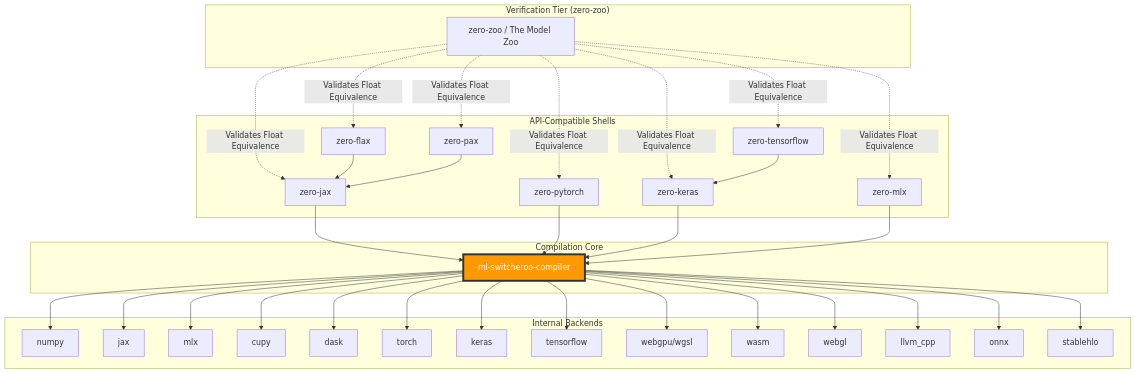
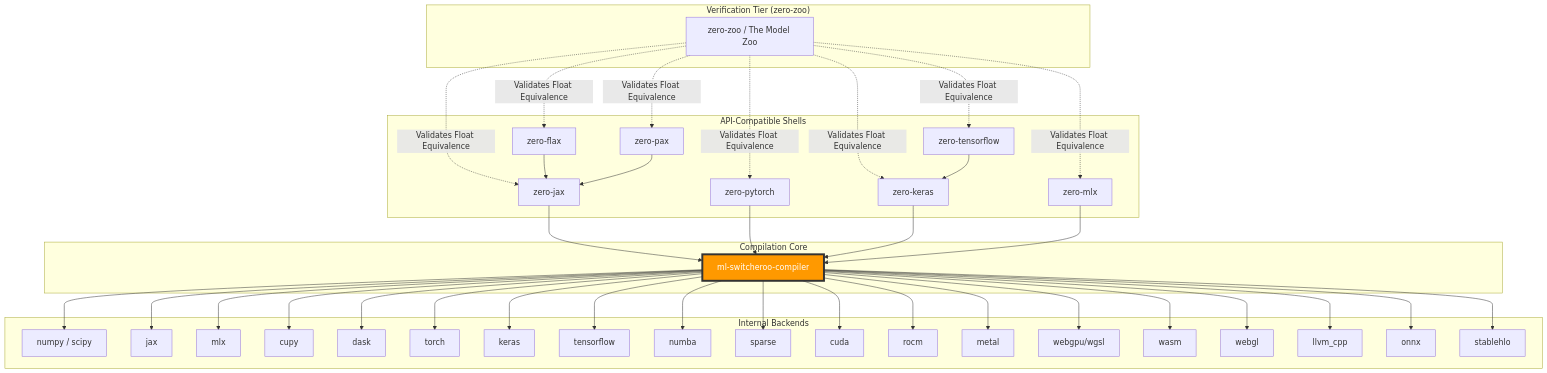
One commit to SamuelMarks/ml-switcheroo-compiler changed the second of 2 diagrams in README.md. Above: the diagram before and after it, drawn with Mermaid. The commit also changed other lines of this file and 6 other files, not shown here.

First line of the commit message:
Synchronize architecture and tensor specifications, adopt field factories, and update dev snapshot source

````diff
--- a/README.md
+++ b/README.md
@@ -90,69 +128,79 @@
 ```mermaid
 graph TD
     subgraph "Verification Tier (zero-zoo)"
         ZZ[zero-zoo / The Model Zoo]
     end
 
     subgraph "API-Compatible Shells"
         ZJ[zero-jax]
         ZF[zero-flax]
         ZP[zero-pytorch]
         ZK[zero-keras]
         ZT[zero-tensorflow]
         ZM[zero-mlx]
         ZPX[zero-pax]
     end
 
     subgraph "Compilation Core"
         COMP[ml-switcheroo-compiler]
     end
     style COMP fill:#ff9900,color:#fff,stroke:#333,stroke-width:4px
 
     subgraph "Internal Backends"
-        NUMPY[numpy]
+        NUMPY[numpy / scipy]
         JAX_B[jax]
         MLX_B[mlx]
         CUPY[cupy]
         DASK[dask]
         TORCH_B[torch]
         KERAS_B[keras]
         TF_B[tensorflow]
+        NUMBA_B[numba]
+        SPARSE_B[sparse]
+        CUDA_B[cuda]
+        ROCM_B[rocm]
+        METAL_B[metal]
         EDGE_WGPU[webgpu/wgsl]
         EDGE_WASM[wasm]
         EDGE_WEBGL[webgl]
         LLVM[llvm_cpp]
         ONNX[onnx]
         STABLEHLO[stablehlo]
     end
 
     ZZ -.->|Validates Float Equivalence| ZJ
     ZZ -.->|Validates Float Equivalence| ZF
     ZZ -.->|Validates Float Equivalence| ZP
     ZZ -.->|Validates Float Equivalence| ZK
     ZZ -.->|Validates Float Equivalence| ZT
     ZZ -.->|Validates Float Equivalence| ZM
     ZZ -.->|Validates Float Equivalence| ZPX
 
     ZJ --> COMP
     ZF --> ZJ
     ZP --> COMP
     ZK --> COMP
     ZT --> ZK
     ZM --> COMP
     ZPX --> ZJ
 
     COMP --> NUMPY
     COMP --> JAX_B
     COMP --> MLX_B
     COMP --> CUPY
     COMP --> DASK
     COMP --> TORCH_B
     COMP --> KERAS_B
     COMP --> TF_B
+    COMP --> NUMBA_B
+    COMP --> SPARSE_B
+    COMP --> CUDA_B
+    COMP --> ROCM_B
+    COMP --> METAL_B
     COMP --> EDGE_WGPU
     COMP --> EDGE_WASM
     COMP --> EDGE_WEBGL
     COMP --> LLVM
     COMP --> ONNX
     COMP --> STABLEHLO
 ```
````
